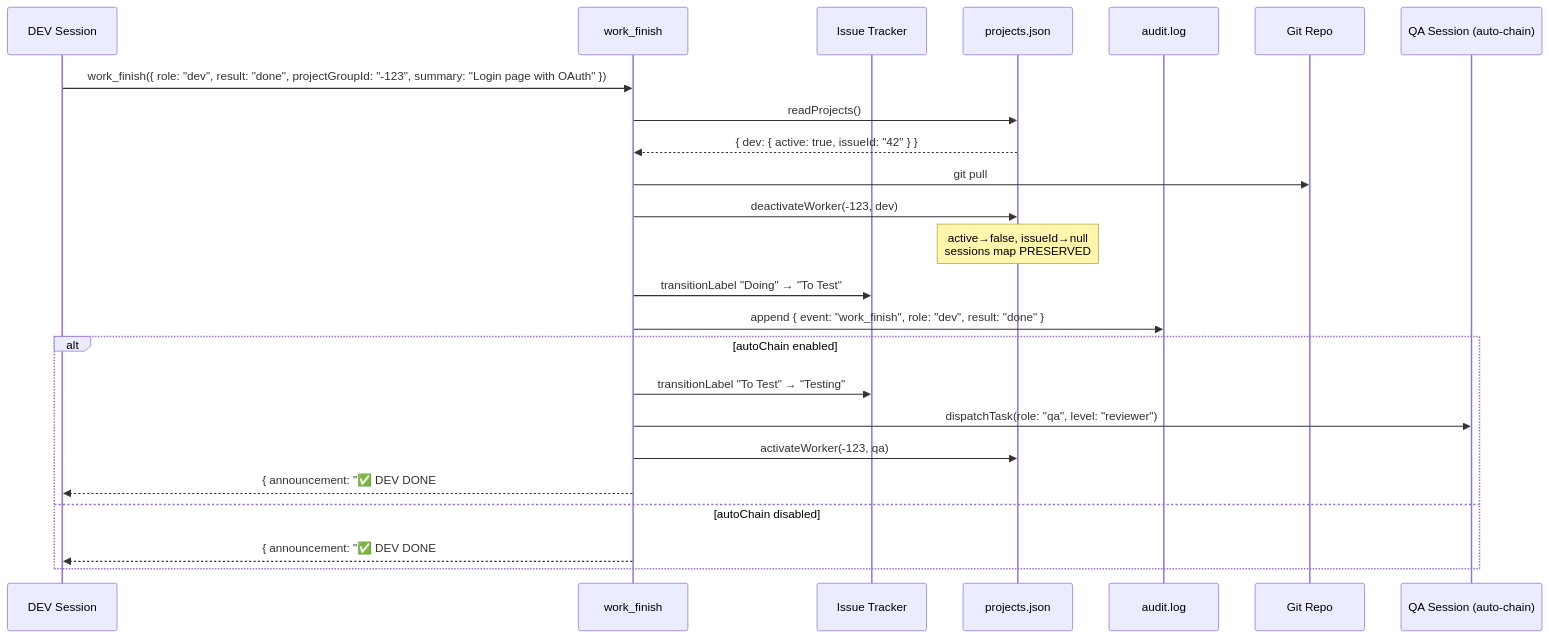
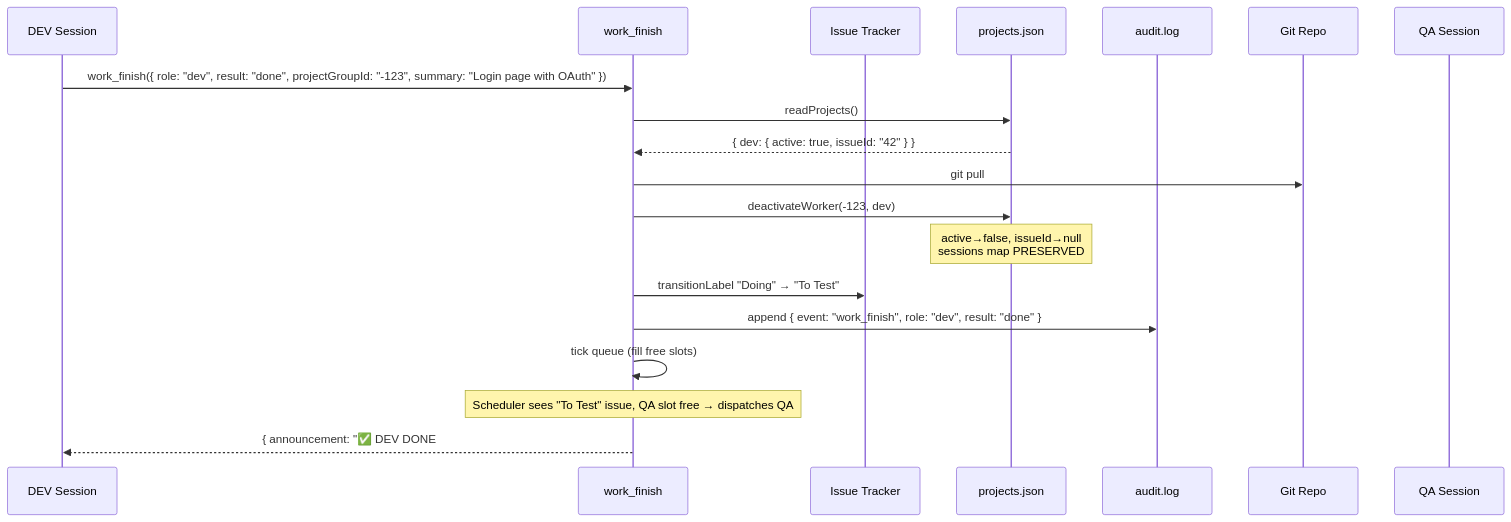
One commit to StrongheartedX/devclaw changed the eighth of 12 diagrams in docs/ARCHITECTURE.md. Above: the diagram before and after it, drawn with Mermaid. The commit also changed other lines of this file and 7 other files, not shown here.

````diff
--- a/docs/ARCHITECTURE.md
+++ b/docs/ARCHITECTURE.md
@@ -369,28 +369,23 @@
 ```mermaid
 sequenceDiagram
     participant DEV as DEV Session
     participant WF as work_finish
     participant GL as Issue Tracker
     participant PJ as projects.json
     participant AL as audit.log
     participant REPO as Git Repo
-    participant QA as QA Session (auto-chain)
+    participant QA as QA Session
 
     DEV->>WF: work_finish({ role: "dev", result: "done", projectGroupId: "-123", summary: "Login page with OAuth" })
     WF->>PJ: readProjects()
     PJ-->>WF: { dev: { active: true, issueId: "42" } }
     WF->>REPO: git pull
     WF->>PJ: deactivateWorker(-123, dev)
     Note over PJ: active→false, issueId→null<br/>sessions map PRESERVED
     WF->>GL: transitionLabel "Doing" → "To Test"
     WF->>AL: append { event: "work_finish", role: "dev", result: "done" }
 
-    alt autoChain enabled
-        WF->>GL: transitionLabel "To Test" → "Testing"
-        WF->>QA: dispatchTask(role: "qa", level: "reviewer")
-        WF->>PJ: activateWorker(-123, qa)
-        WF-->>DEV: { announcement: "✅ DEV DONE #42", autoChain: { dispatched: true, role: "qa" } }
-    else autoChain disabled
-        WF-->>DEV: { announcement: "✅ DEV DONE #42", nextAction: "qa_pickup" }
-    end
+    WF->>WF: tick queue (fill free slots)
+    Note over WF: Scheduler sees "To Test" issue, QA slot free → dispatches QA
+    WF-->>DEV: { announcement: "✅ DEV DONE #42", tickPickups: [...] }
 ```
````
